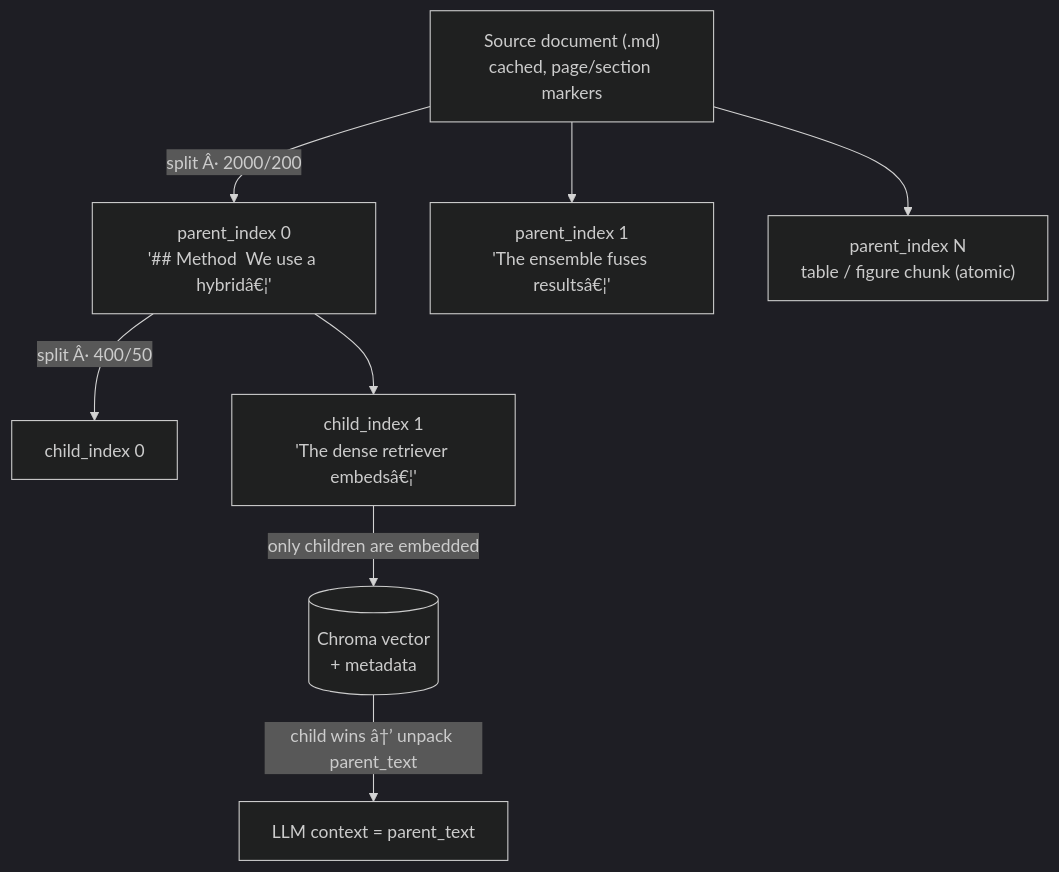
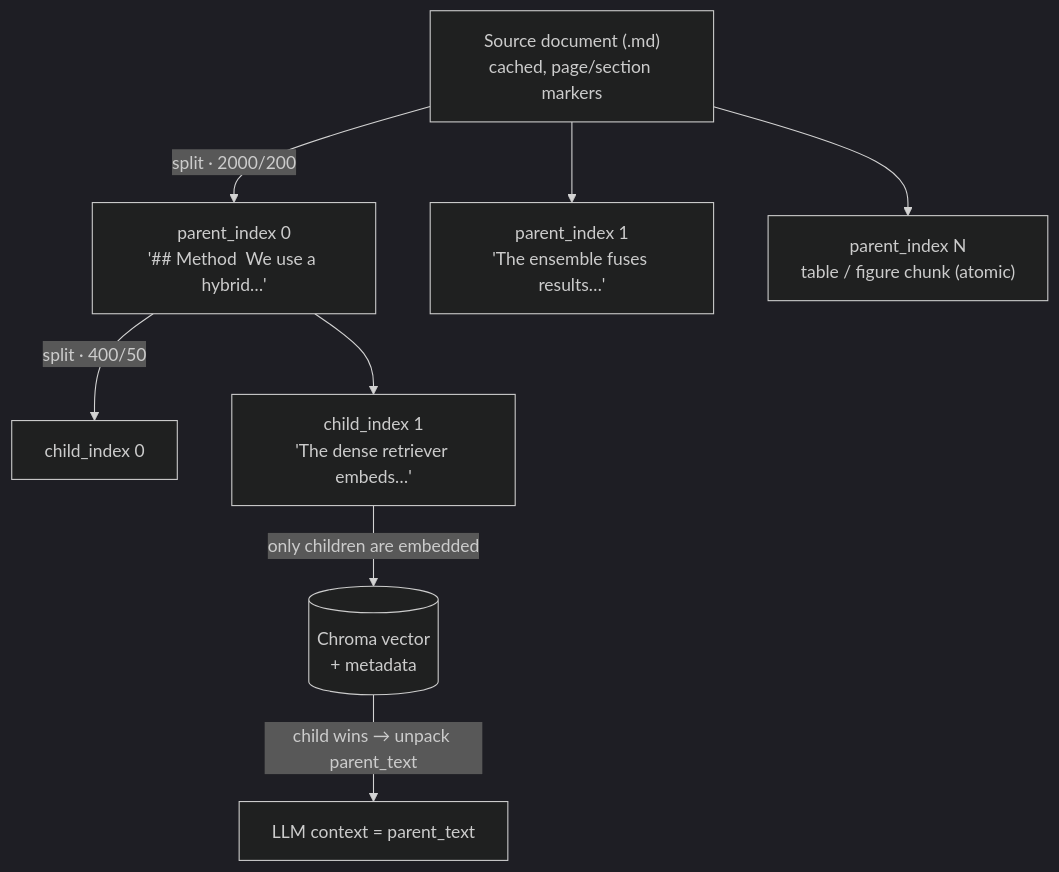
Before and after one commit to ldele/doc_assistant: the second of 2 diagrams in docs/architecture.md, drawn with Mermaid (dark theme). The commit also changed other lines of this file and 6 other files, not shown here.

````diff
--- a/docs/architecture.md
+++ b/docs/architecture.md
@@ -186,11 +186,11 @@
 ```mermaid
 flowchart TB
     D["Source document (.md)<br/>cached, page/section markers"]
-    D -->|"split Â· 2000/200"| P0["parent_index 0<br/>'## Method  We use a hybridâ€¦'"]
-    D --> P1["parent_index 1<br/>'The ensemble fuses resultsâ€¦'"]
+    D -->|"split · 2000/200"| P0["parent_index 0<br/>'## Method  We use a hybrid…'"]
+    D --> P1["parent_index 1<br/>'The ensemble fuses results…'"]
     D --> PN["parent_index N<br/>table / figure chunk (atomic)"]
-    P0 -->|"split Â· 400/50"| C0["child_index 0"]
-    P0 --> C1["child_index 1<br/>'The dense retriever embedsâ€¦'"]
+    P0 -->|"split · 400/50"| C0["child_index 0"]
+    P0 --> C1["child_index 1<br/>'The dense retriever embeds…'"]
     C1 -->|"only children are embedded"| CH[("Chroma vector<br/>+ metadata")]
-    CH -->|"child wins â†’ unpack parent_text"| LLM["LLM context = parent_text"]
+    CH -->|"child wins → unpack parent_text"| LLM["LLM context = parent_text"]
 ```
````
